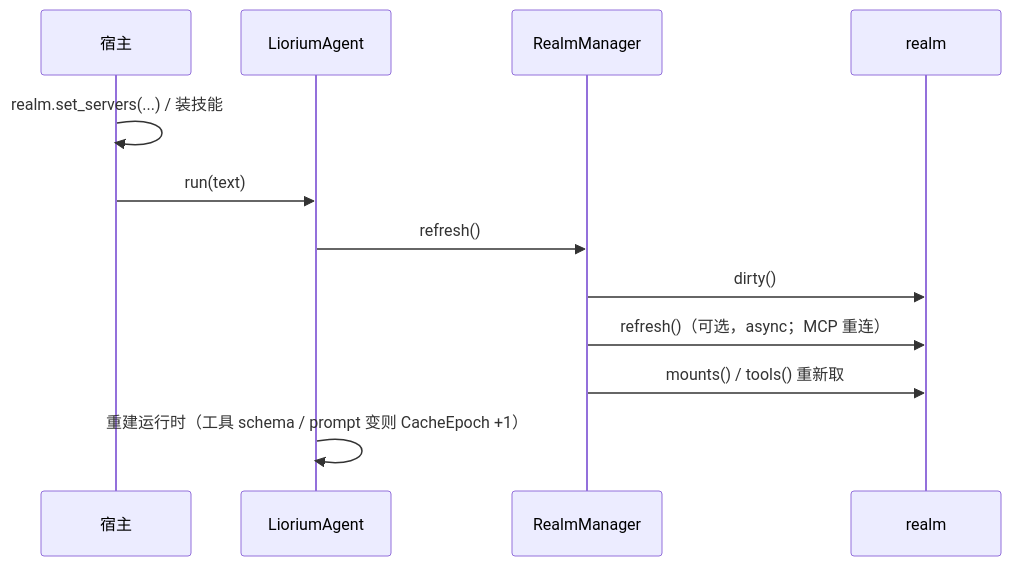
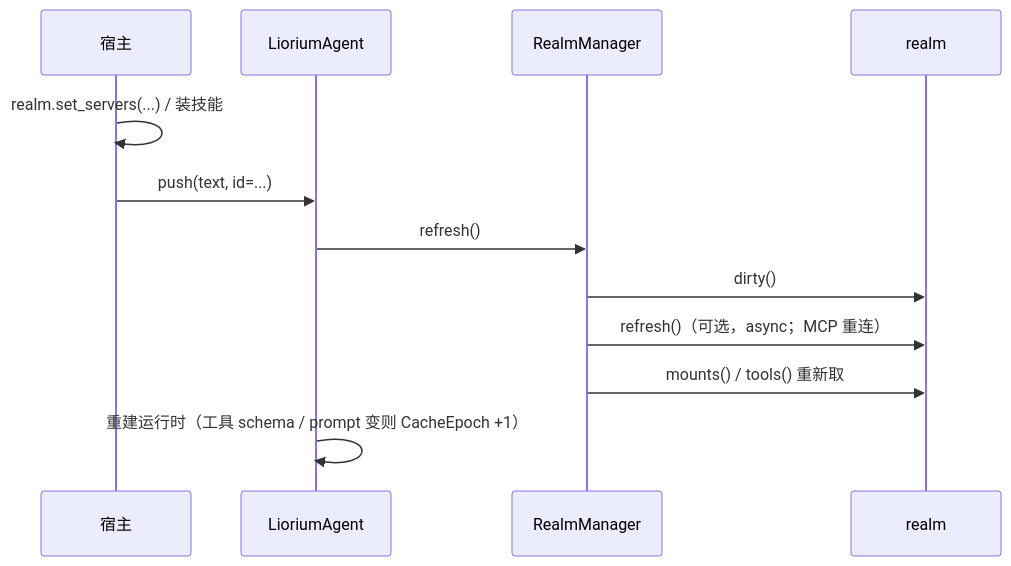
The third of 5 diagrams in docs/ARCHITECTURE.md (liwusen/liorium-framework), drawn with Mermaid before and after one commit. The commit also changed other lines of this file and 126 other files, not shown here.

````diff
--- a/docs/ARCHITECTURE.md
+++ b/docs/ARCHITECTURE.md
@@ -196,15 +263,15 @@
 ```mermaid
 sequenceDiagram
     participant H as 宿主
     participant A as LioriumAgent
     participant R as RealmManager
     participant X as realm
 
     H->>H: realm.set_servers(...) / 装技能
-    H->>A: run(text)
+    H->>A: push(text, id=...)
     A->>R: refresh()
     R->>X: dirty()
     R->>X: refresh()（可选，async；MCP 重连）
     R->>X: mounts() / tools() 重新取
     A->>A: 重建运行时（工具 schema / prompt 变则 CacheEpoch +1）
 ```
````
